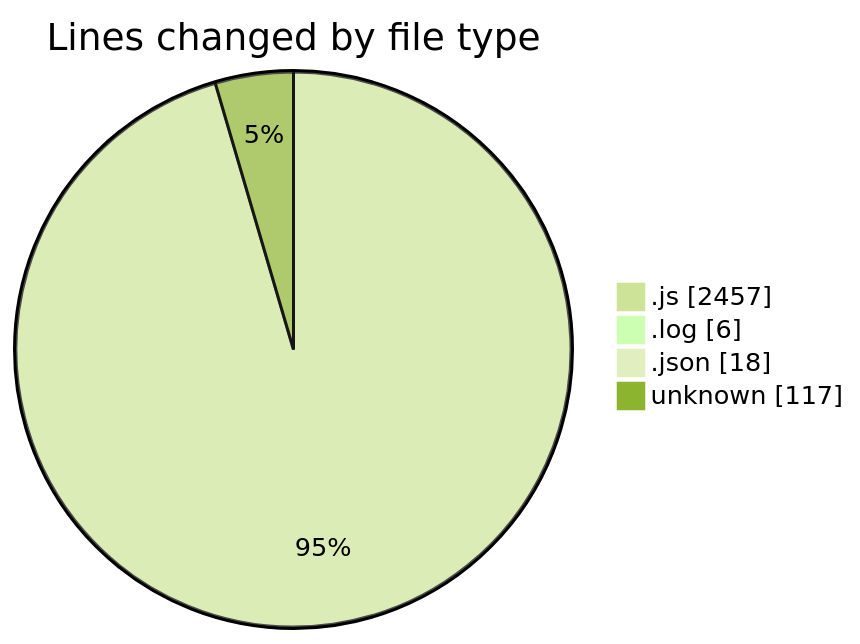
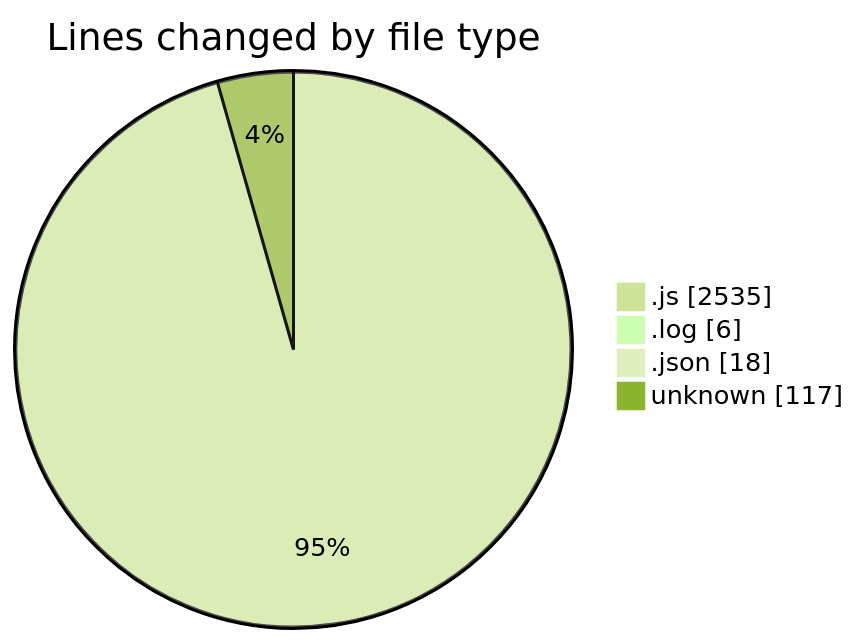
One commit to BS-eng2023/code-tracking changed the first of 2 diagrams in 2025-03-31/jsvms/README.md. Above: the diagram before and after it, drawn with Mermaid (forest theme). The commit also changed other lines of this file and 1 other file, not shown here.

````diff
--- a/2025-03-31/jsvms/README.md
+++ b/2025-03-31/jsvms/README.md
@@ -46,8 +47,8 @@
 ```mermaid
 pie showData
 title Lines changed by file type
-".js" : 2457
+".js" : 2535
 ".log" : 6
 ".json" : 18
 "unknown" : 117
 ```
````
